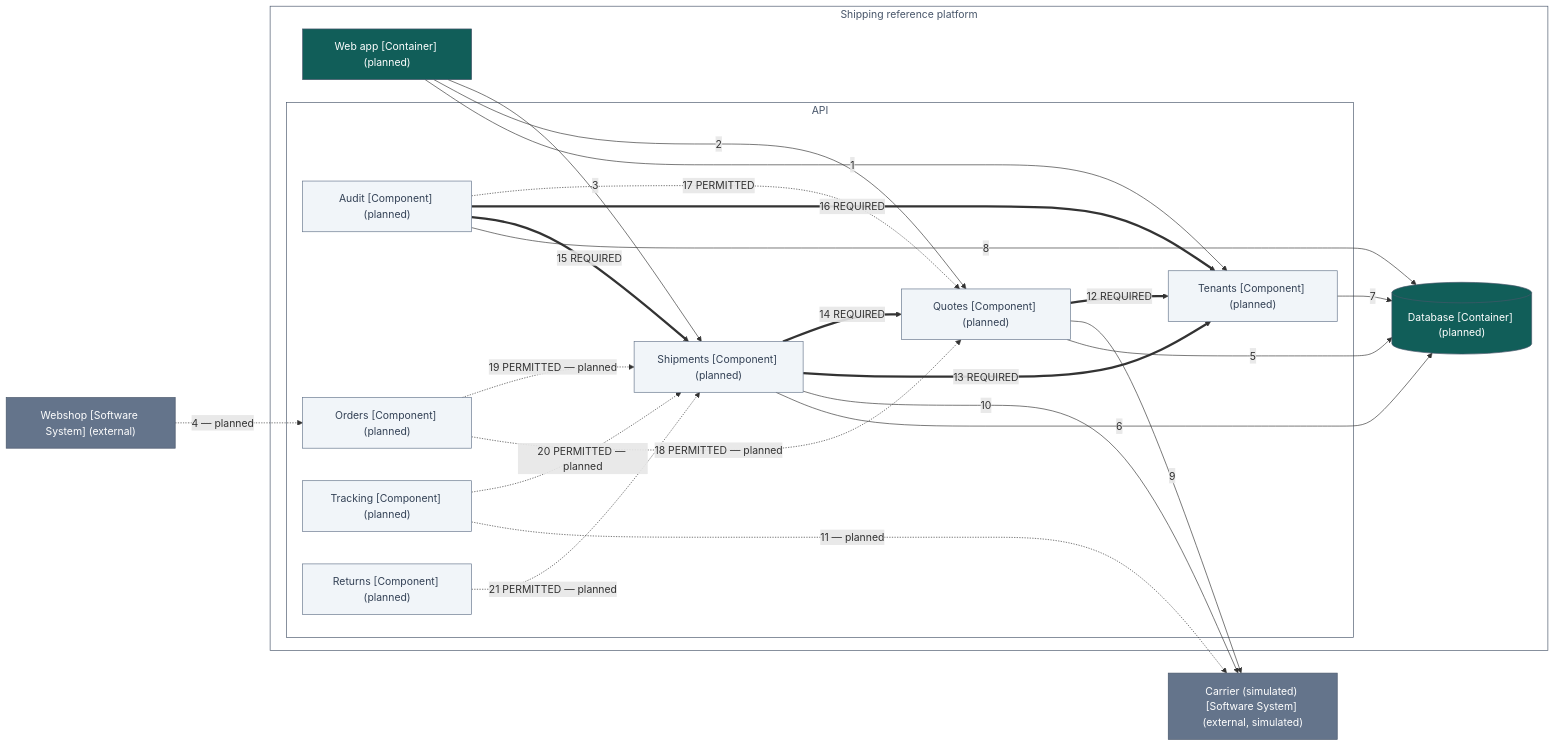
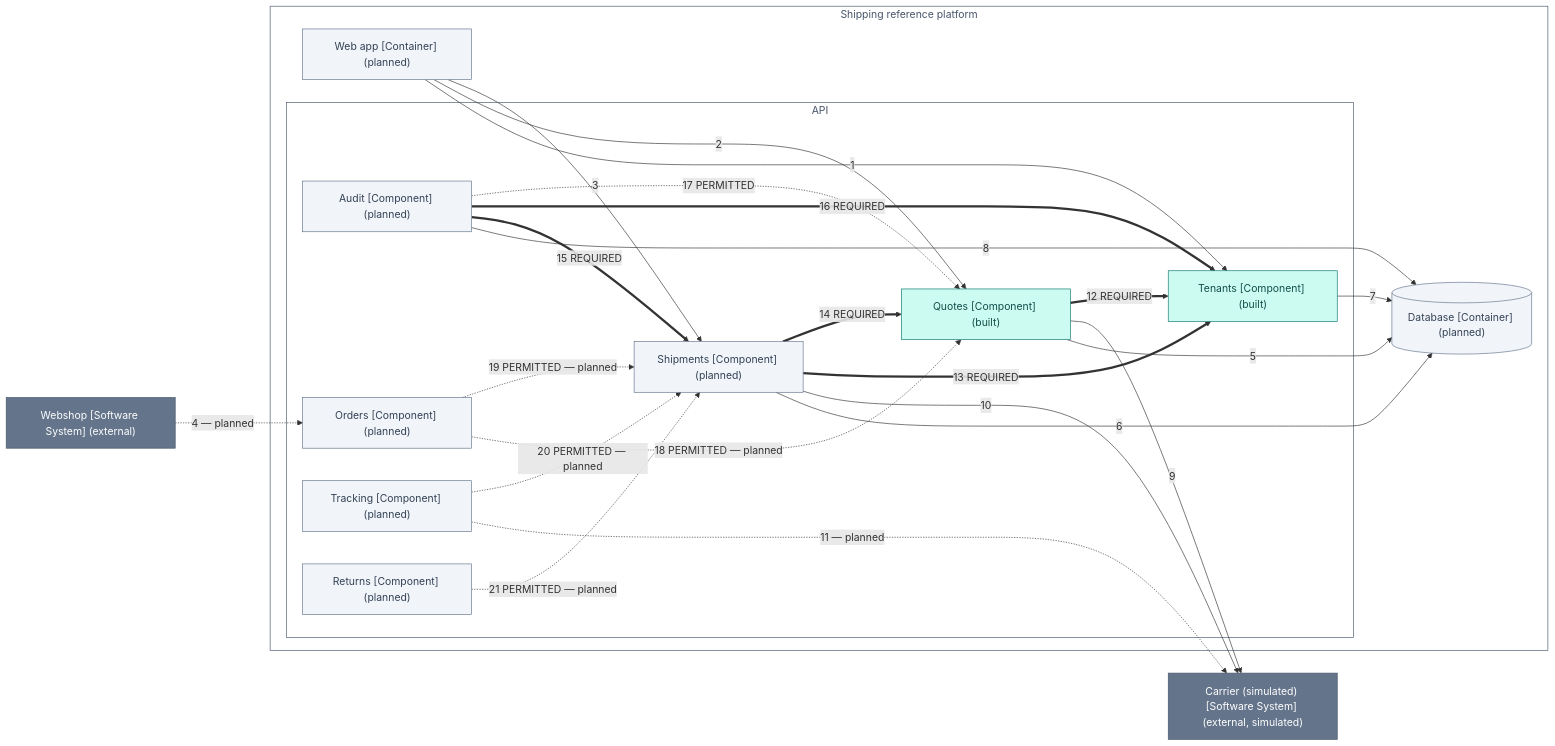
The diagram in docs/architecture/api-components.mmd (Stig-Johnny/shipping-reference-platform), drawn with Mermaid before and after one commit. The commit also changed 102 other files, not shown here.

First line of the commit message:
Quotes and the tenant context: the first built modules, checked against the model (#56)

```diff
--- a/docs/architecture/api-components.mmd
+++ b/docs/architecture/api-components.mmd
@@ -1,53 +1,53 @@
 %% Generated—do not hand-edit. Source: architecture/workspace.dsl, view ApiComponents.
 flowchart LR
     accTitle: Components of the API
     accDescr: Component view with 11 elements and 21 relationships. The tables on the page list every one of them.
     3["Webshop [Software System] (external)"]
     style 3 fill:#64748b,stroke:#475569,color:#ffffff
     4["Carrier (simulated) [Software System] (external, simulated)"]
     style 4 fill:#64748b,stroke:#475569,color:#ffffff
     subgraph 5 ["Shipping reference platform"]
         style 5 fill:#ffffff,stroke:#475569,color:#475569
         subgraph 7 ["API"]
             style 7 fill:#ffffff,stroke:#475569,color:#475569
-            10["Tenants [Component] (planned)"]
-            style 10 fill:#f1f5f9,stroke:#64748b,color:#334155
+            10["Tenants [Component] (built)"]
+            style 10 fill:#ccfbf1,stroke:#0f766e,color:#134e4a
             11["Audit [Component] (planned)"]
             style 11 fill:#f1f5f9,stroke:#64748b,color:#334155
             12["Orders [Component] (planned)"]
             style 12 fill:#f1f5f9,stroke:#64748b,color:#334155
             13["Tracking [Component] (planned)"]
             style 13 fill:#f1f5f9,stroke:#64748b,color:#334155
             14["Returns [Component] (planned)"]
             style 14 fill:#f1f5f9,stroke:#64748b,color:#334155
-            8["Quotes [Component] (planned)"]
-            style 8 fill:#f1f5f9,stroke:#64748b,color:#334155
+            8["Quotes [Component] (built)"]
+            style 8 fill:#ccfbf1,stroke:#0f766e,color:#134e4a
             9["Shipments [Component] (planned)"]
             style 9 fill:#f1f5f9,stroke:#64748b,color:#334155
         end
         15[("Database [Container] (planned)")]
-        style 15 fill:#115e59,stroke:#475569,color:#ffffff
+        style 15 fill:#f1f5f9,stroke:#64748b,color:#334155
         6["Web app [Container] (planned)"]
-        style 6 fill:#115e59,stroke:#475569,color:#ffffff
+        style 6 fill:#f1f5f9,stroke:#64748b,color:#334155
     end
     6 -->|"1"| 10
     6 -->|"2"| 8
     6 -->|"3"| 9
     3 -.->|"4 — planned"| 12
     8 -->|"5"| 15
     9 -->|"6"| 15
     10 -->|"7"| 15
     11 -->|"8"| 15
     8 -->|"9"| 4
     9 -->|"10"| 4
     13 -.->|"11 — planned"| 4
     8 ==>|"12 REQUIRED"| 10
     9 ==>|"13 REQUIRED"| 10
     9 ==>|"14 REQUIRED"| 8
     11 ==>|"15 REQUIRED"| 9
     11 ==>|"16 REQUIRED"| 10
     11 -.->|"17 PERMITTED"| 8
     12 -.->|"18 PERMITTED — planned"| 8
     12 -.->|"19 PERMITTED — planned"| 9
     13 -.->|"20 PERMITTED — planned"| 9
     14 -.->|"21 PERMITTED — planned"| 9
```
